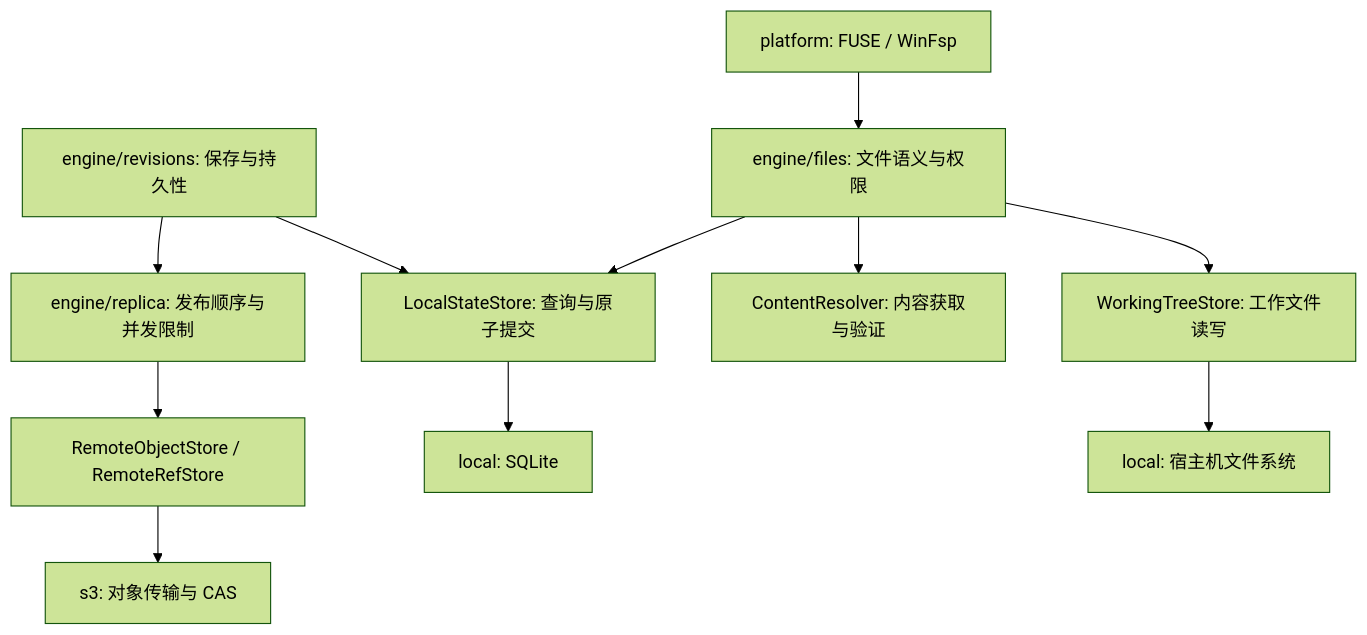
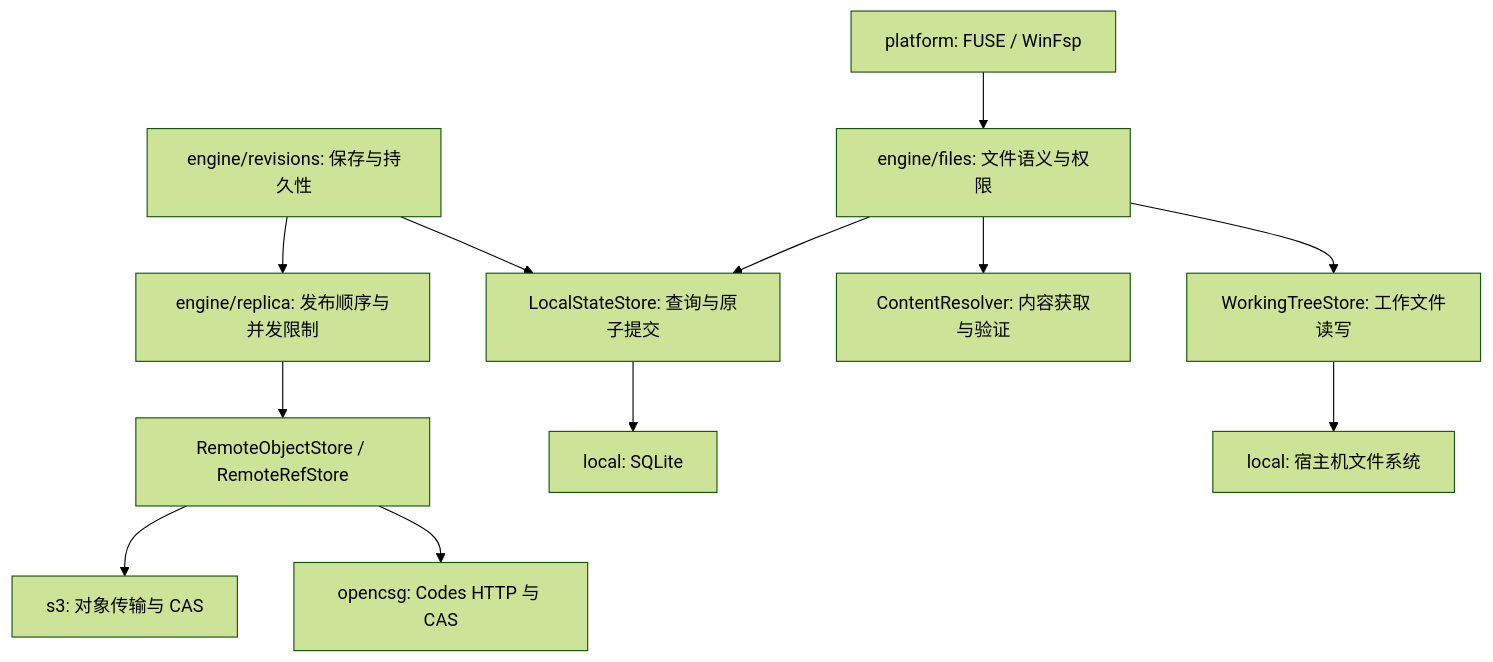
The diagram in docs/architecture.zh-CN.md (GatewayJ/agentdrive), drawn with Mermaid (forest theme) before and after one commit. The commit also changed other lines of this file and 35 other files, not shown here.

First line of the commit message:
feat(opencsg): add Codes repository storage with verified writes

````diff
--- a/docs/architecture.zh-CN.md
+++ b/docs/architecture.zh-CN.md
@@ -59,13 +62,14 @@
 ```mermaid
 flowchart TD
     Platform[platform: FUSE / WinFsp] --> Files[engine/files: 文件语义与权限]
     Files --> State[LocalStateStore: 查询与原子提交]
     Files --> Working[WorkingTreeStore: 工作文件读写]
     Files --> Content[ContentResolver: 内容获取与验证]
     Revision[engine/revisions: 保存与持久性] --> State
     Revision --> Replica[engine/replica: 发布顺序与并发限制]
     Replica --> Remote[RemoteObjectStore / RemoteRefStore]
     State --> Local[local: SQLite]
     Working --> Disk[local: 宿主机文件系统]
     Remote --> S3[s3: 对象传输与 CAS]
+    Remote --> OpenCSG[opencsg: Codes HTTP 与 CAS]
 ```
````
